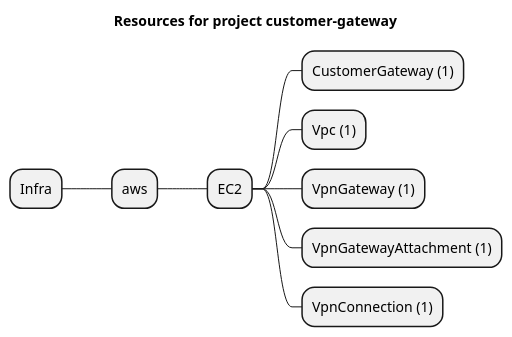
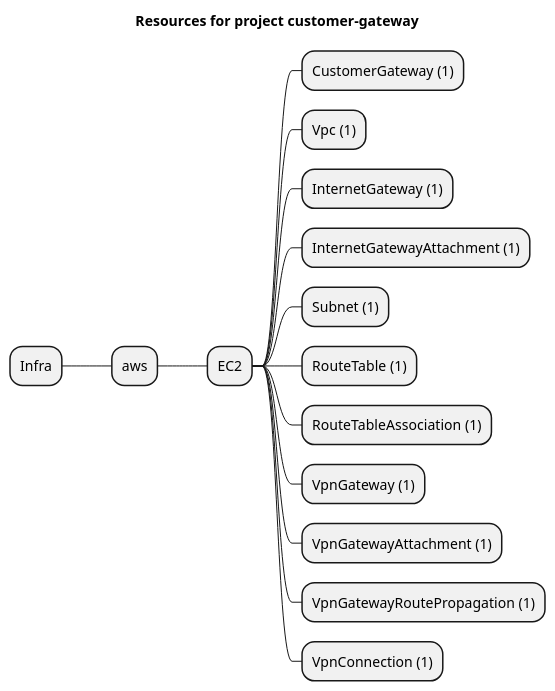
The diagram in examples/aws/EC2/site2site/artifacts/resources-mindmap.puml (grucloud/grucloud), drawn with PlantUML before and after one commit. The commit also changed 13 other files, not shown here.

```diff
--- a/examples/aws/EC2/site2site/artifacts/resources-mindmap.puml
+++ b/examples/aws/EC2/site2site/artifacts/resources-mindmap.puml
@@ -1,12 +1,18 @@
 @startmindmap
 title Resources for project customer-gateway
 skinparam monochrome true
 + Infra
 ++ aws
 +++ EC2
 ++++ CustomerGateway (1)
 ++++ Vpc (1)
+++++ InternetGateway (1)
+++++ InternetGatewayAttachment (1)
+++++ Subnet (1)
+++++ RouteTable (1)
+++++ RouteTableAssociation (1)
 ++++ VpnGateway (1)
 ++++ VpnGatewayAttachment (1)
+++++ VpnGatewayRoutePropagation (1)
 ++++ VpnConnection (1)
 @endmindmap
```
